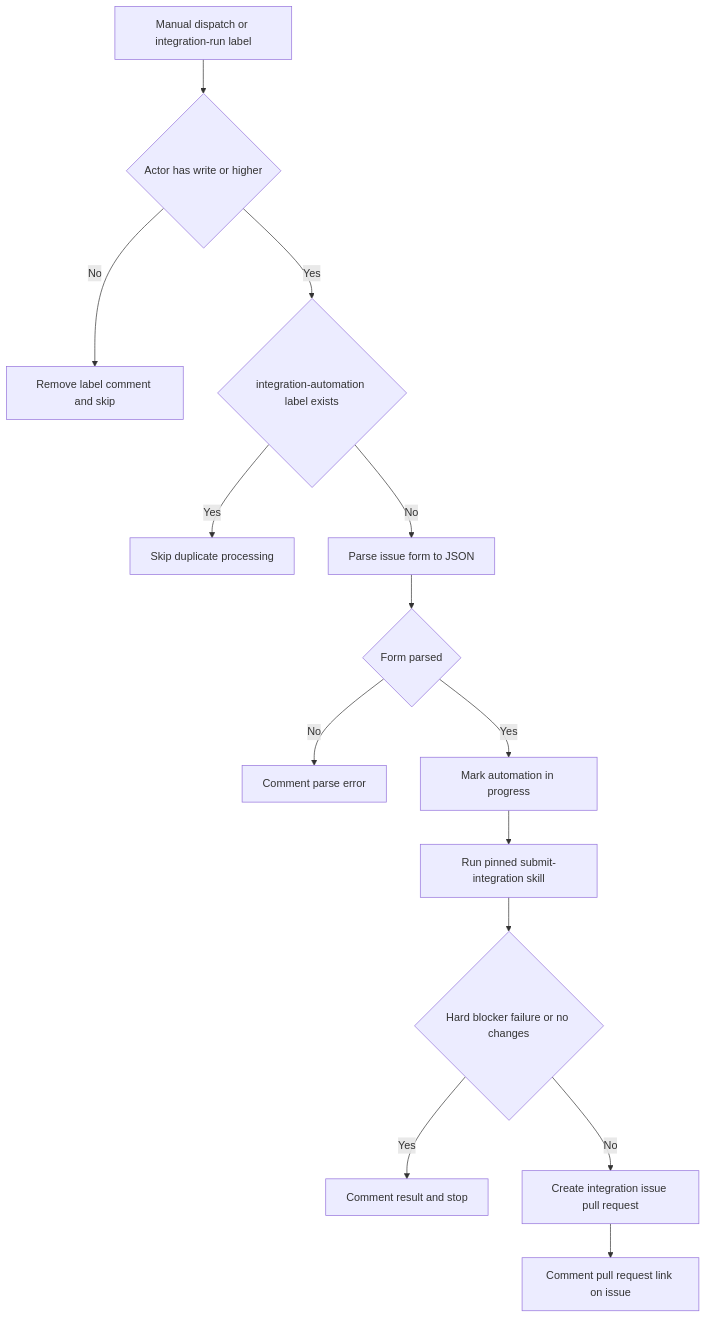
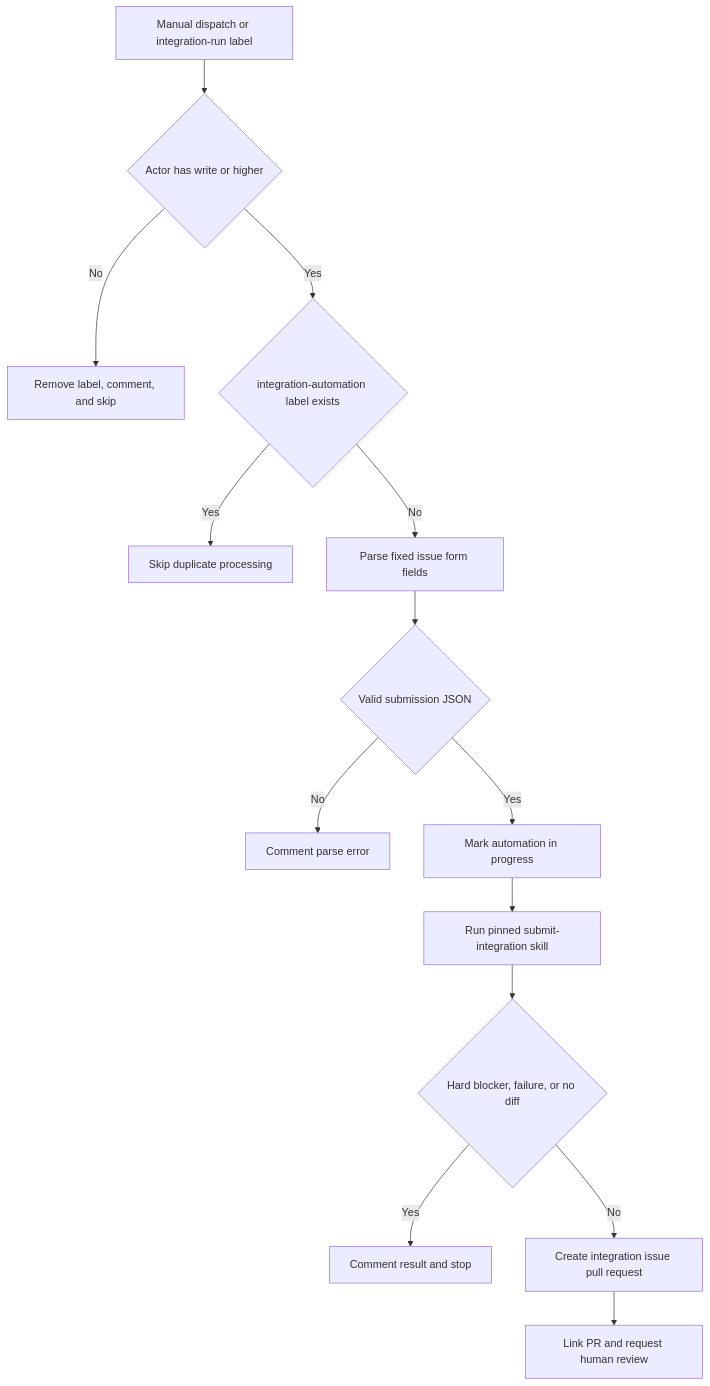
Before and after one commit to rishi-raj-jain/docs-1: the second of 2 diagrams in openwiki/operations/agent-skills.md, drawn with Mermaid. The commit also changed other lines of this file and 33 other files, not shown here.

````diff
--- a/openwiki/operations/agent-skills.md
+++ b/openwiki/operations/agent-skills.md
@@ -133,16 +120,16 @@
 ```mermaid
 flowchart TD
   Trigger["Manual dispatch or integration-run label"] --> Auth{"Actor has write or higher"}
-  Auth -- "No" --> Reject["Remove label comment and skip"]
+  Auth -- "No" --> Reject["Remove label, comment, and skip"]
   Auth -- "Yes" --> Seen{"integration-automation label exists"}
   Seen -- "Yes" --> Skip["Skip duplicate processing"]
-  Seen -- "No" --> Parse["Parse issue form to JSON"]
-  Parse --> Parsed{"Form parsed"}
+  Seen -- "No" --> Parse["Parse fixed issue form fields"]
+  Parse --> Parsed{"Valid submission JSON"}
   Parsed -- "No" --> ParseError["Comment parse error"]
   Parsed -- "Yes" --> Mark["Mark automation in progress"]
   Mark --> Agent["Run pinned submit-integration skill"]
-  Agent --> Result{"Hard blocker failure or no changes"}
+  Agent --> Result{"Hard blocker, failure, or no diff"}
   Result -- "Yes" --> Report["Comment result and stop"]
   Result -- "No" --> PR["Create integration issue pull request"]
-  PR --> Link["Comment pull request link on issue"]
+  PR --> Link["Link PR and request human review"]
 ```
````
